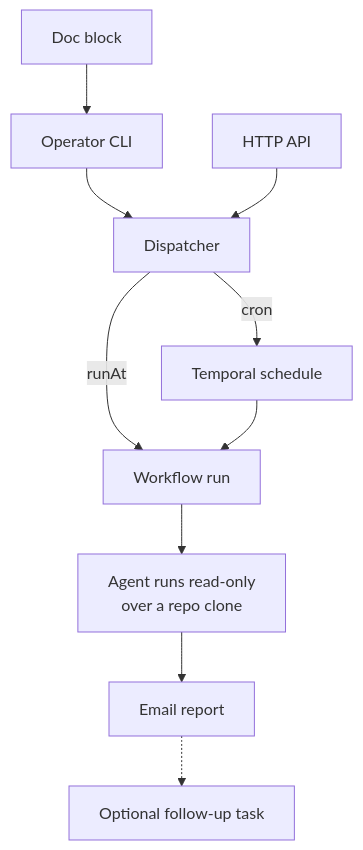
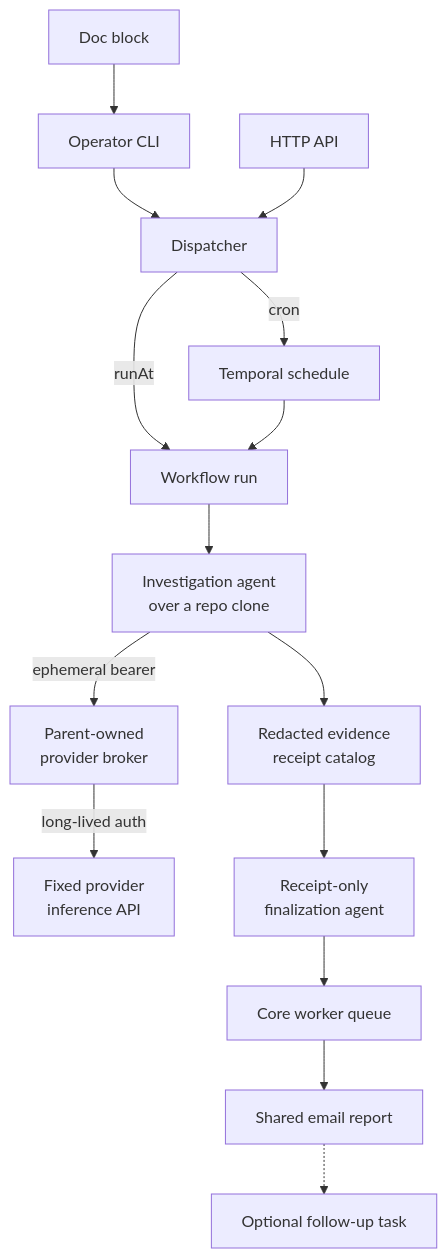
The diagram in packages/docs/wiki/src/content/docs/explanation/temporal/agent-task-boundary.md (shepherdjerred/monorepo), drawn with Mermaid before and after one commit. The commit also changed other lines of this file and 174 other files, not shown here.

````diff
--- a/packages/docs/wiki/src/content/docs/explanation/temporal/agent-task-boundary.md
+++ b/packages/docs/wiki/src/content/docs/explanation/temporal/agent-task-boundary.md
@@ -14,15 +13,20 @@
 ```mermaid
 flowchart TD
   accTitle: Agent task lifecycle
-  accDescr: A doc block via the operator CLI, or the authenticated HTTP API, submits a task to one dispatcher, which either upserts a cron schedule or starts a one-off workflow. The workflow runs the agent read-only over a repo clone, emails the report, and may dispatch one follow-up.
+  accDescr: A doc block via the operator CLI, or the authenticated HTTP API, submits a task to one dispatcher, which either upserts a cron schedule or starts a one-off workflow. The workflow investigates over a repo clone, captures redacted evidence receipts, finalizes only from that catalog, sends a shared report, and may dispatch one follow-up.
 
   B[Doc block] --> CLI[Operator CLI]
   CLI --> DIS[Dispatcher]
   API[HTTP API] --> DIS
   DIS -->|cron| SCH[Temporal schedule]
   DIS -->|runAt| WF[Workflow run]
   SCH --> WF
-  WF --> R[Agent runs read-only<br>over a repo clone]
-  R --> E[Email report]
+  WF --> I[Investigation agent<br>over a repo clone]
+  I -->|ephemeral bearer| BKR[Parent-owned<br>provider broker]
+  BKR -->|long-lived auth| PAPI[Fixed provider<br>inference API]
+  I --> R[Redacted evidence<br>receipt catalog]
+  R --> FNL[Receipt-only<br>finalization agent]
+  FNL --> CQ[Core worker queue]
+  CQ --> E[Shared email report]
   E -.-> F[Optional follow-up task]
 ```
````
